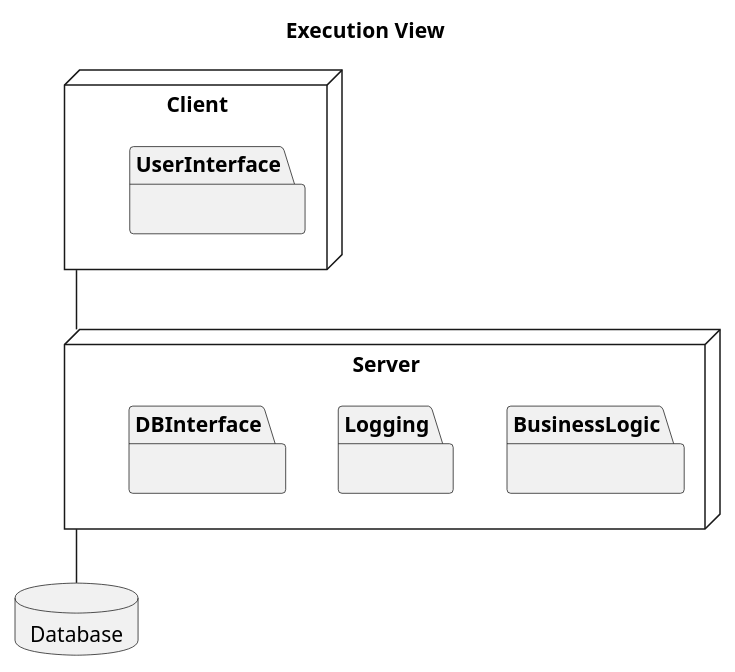
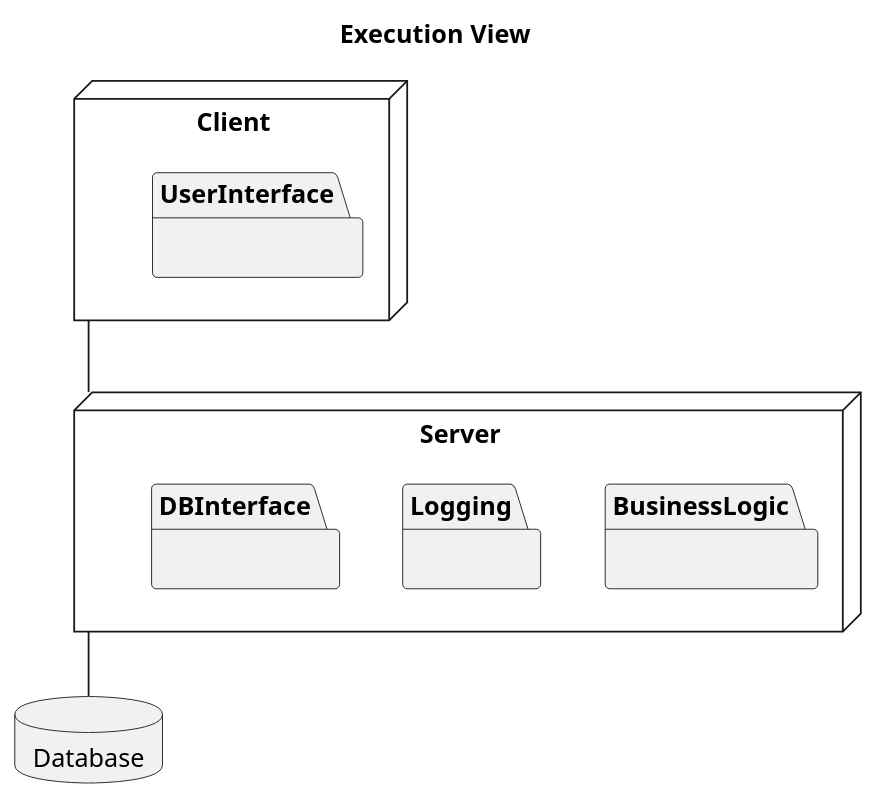
One commit to bth-dipt-teaching/PA1458-OO-Design changed the third of 3 diagrams in Lectures/12-Packages.org. Above: the diagram before and after it, drawn with PlantUML. The commit also changed other lines of this file and 2 other files, not shown here.

```diff
--- a/Lectures/12-Packages.org
+++ b/Lectures/12-Packages.org
@@ -80,25 +82,26 @@
 #+BEGIN_SRC plantuml :file FUML-Execution.png
+scale 1.2
 title Execution View
 package Client <<Node>> {
 package UserInterface {
 }
 }
 
 package Server <<Node>> {
 package BusinessLogic {
 }
 
 package Logging {
 }
 
 package DBInterface {
 }
 
 }
 
 package Database <<Database>> {
 }
 
 Client -- Server
 Server -- Database
 #+END_SRC
```
